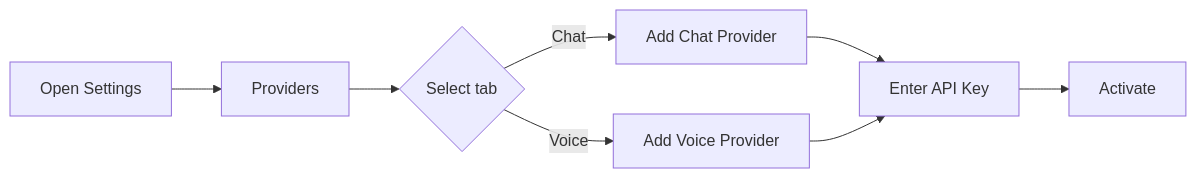
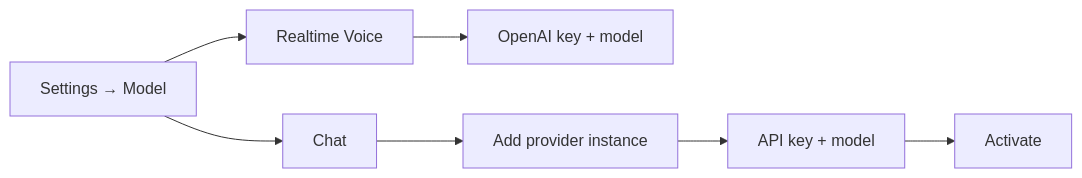
One commit to openrocky/openrocky.github.io changed the second of 2 diagrams in docs/guides/providers.md. Above: the diagram before and after it, drawn with Mermaid. The commit also changed other lines of this file and 7 other files, not shown here.

First line of the commit message:
docs: sync to single-track voice architecture

````diff
--- a/docs/guides/providers.md
+++ b/docs/guides/providers.md
@@ -119,10 +98,9 @@
 ```mermaid
 graph LR
-    A["Open Settings"] --> B["Providers"]
-    B --> C{"Select tab"}
-    C -->|Chat| D["Add Chat Provider"]
-    C -->|Voice| E["Add Voice Provider"]
-    D --> F["Enter API Key"]
-    E --> F
-    F --> G["Activate"]
+    A["Settings → Model"] --> RT["Realtime Voice"]
+    A --> CH["Chat"]
+    RT --> KEY1["OpenAI key + model"]
+    CH --> ADD["Add provider instance"]
+    ADD --> KEY2["API key + model"]
+    KEY2 --> ACT["Activate"]
 ```
````
